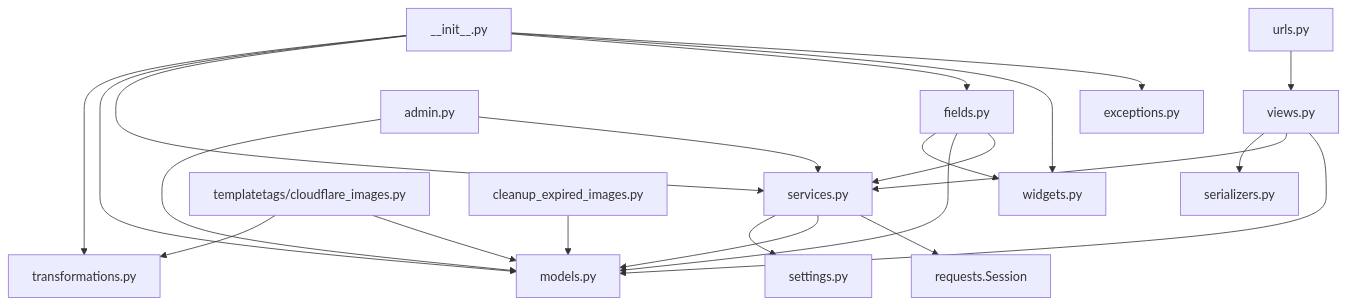
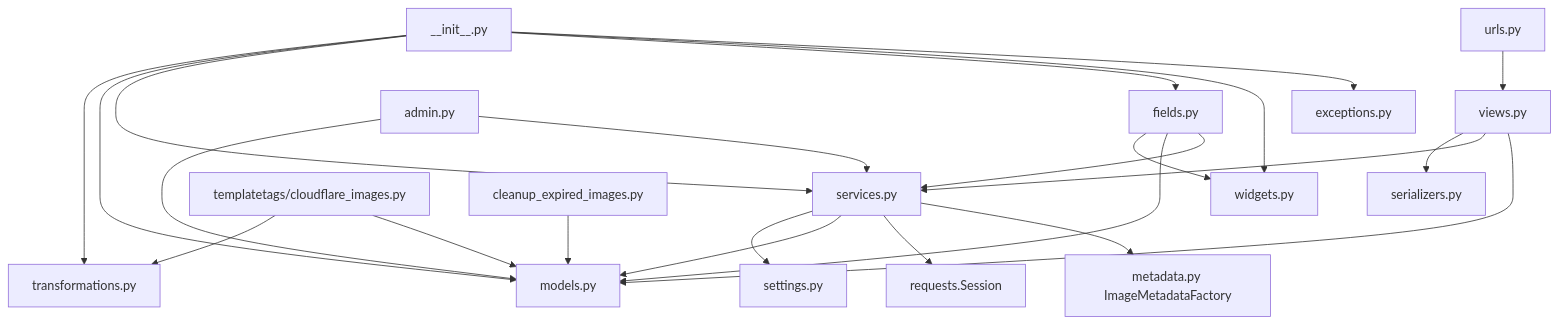
One commit to Pacficient-Labs/django-cloudflareimages-toolkit changed the first of 2 diagrams in docs/codedocs/architecture.md. Above: the diagram before and after it, drawn with Mermaid. The commit also changed other lines of this file and 32 other files, not shown here.

First line of the commit message:
Configurable upload defaults, creator field, metadata factory, and safe register-by-ID (#15)

````diff
--- a/docs/codedocs/architecture.md
+++ b/docs/codedocs/architecture.md
@@ -8,24 +8,25 @@
 ```mermaid
 graph TD
   A[__init__.py] --> B[transformations.py]
   A --> C[models.py]
   A --> D[services.py]
   A --> E[fields.py]
   A --> F[widgets.py]
   A --> G[exceptions.py]
   D --> H[settings.py]
   D --> C
   D --> I[requests.Session]
+  D --> P[metadata.py ImageMetadataFactory]
   J[views.py] --> K[serializers.py]
   J --> D
   J --> C
   L[urls.py] --> J
   M[templatetags/cloudflare_images.py] --> B
   M --> C
   E --> F
   E --> C
   E --> D
   N[admin.py] --> C
   N --> D
   O[cleanup_expired_images.py] --> C
 ```
````
